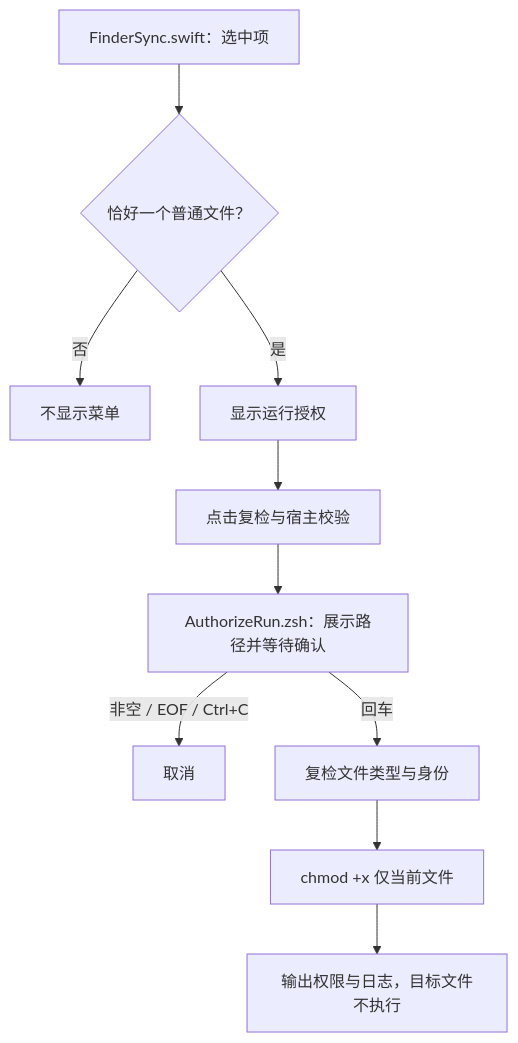
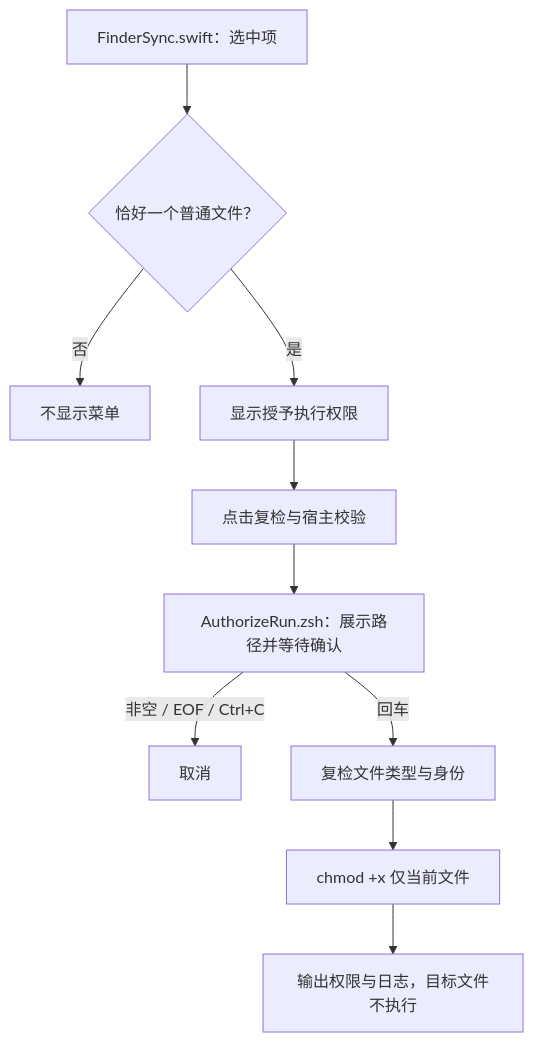
Before and after one commit to JobsKits/MacOS_Extension: the second of 2 diagrams in JobsRunAuthorizer/README.md, drawn with Mermaid. The commit also changed other lines of this file and 657 other files, not shown here.

````diff
--- a/JobsRunAuthorizer/README.md
+++ b/JobsRunAuthorizer/README.md
@@ -138,12 +137,12 @@
 ```mermaid
 flowchart TD
     Selection[FinderSync.swift：选中项] --> Valid{恰好一个普通文件？}
     Valid -->|否| Hidden[不显示菜单]
-    Valid -->|是| Menu[显示运行授权]
+    Valid -->|是| Menu[显示授予执行权限]
     Menu --> Click[点击复检与宿主校验]
     Click --> Confirm[AuthorizeRun.zsh：展示路径并等待确认]
     Confirm -->|非空 / EOF / Ctrl+C| Stop[取消]
     Confirm -->|回车| Identity[复检文件类型与身份]
     Identity --> Change[chmod +x 仅当前文件]
     Change --> Result[输出权限与日志，目标文件不执行]
 ```
````
